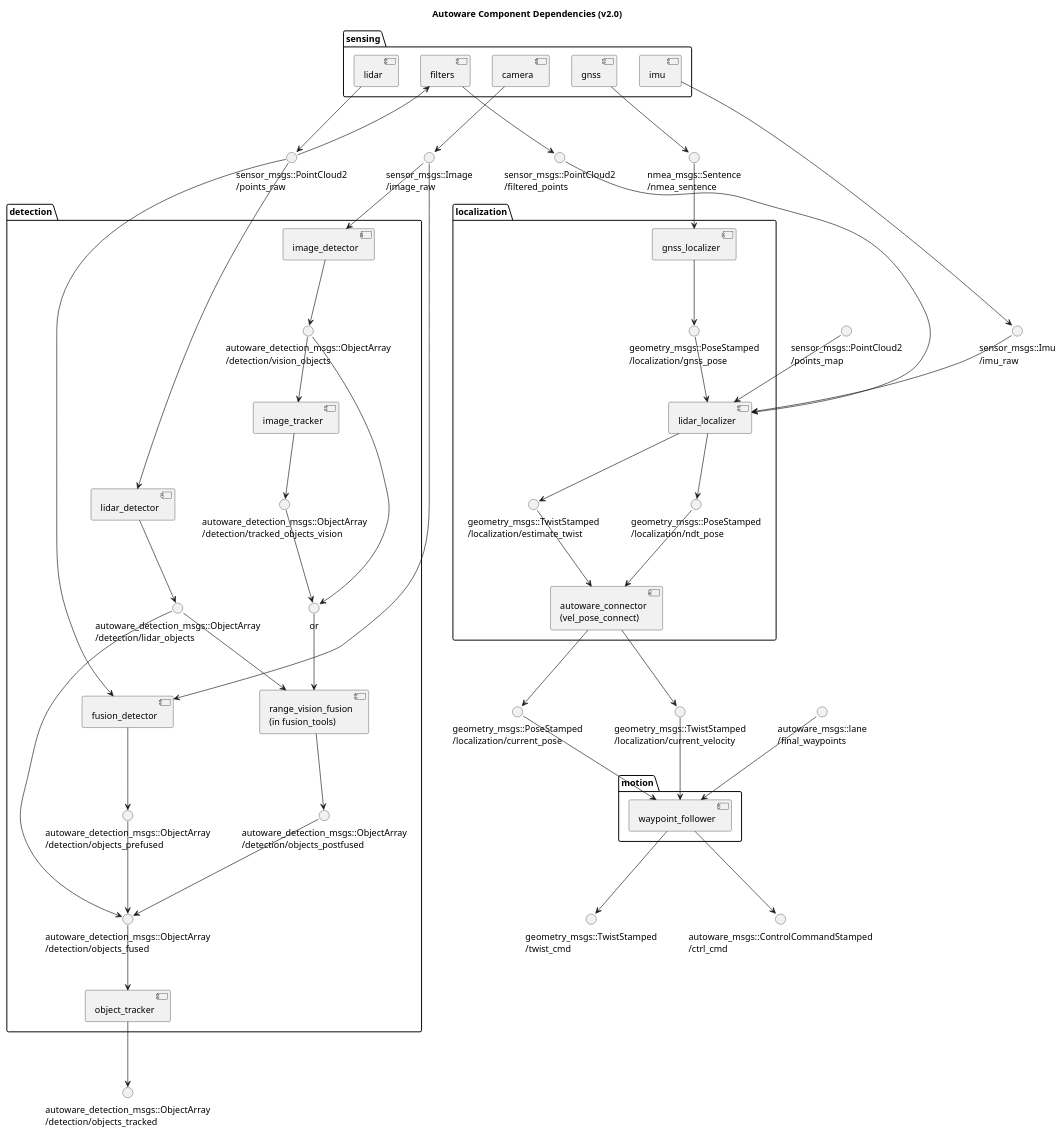
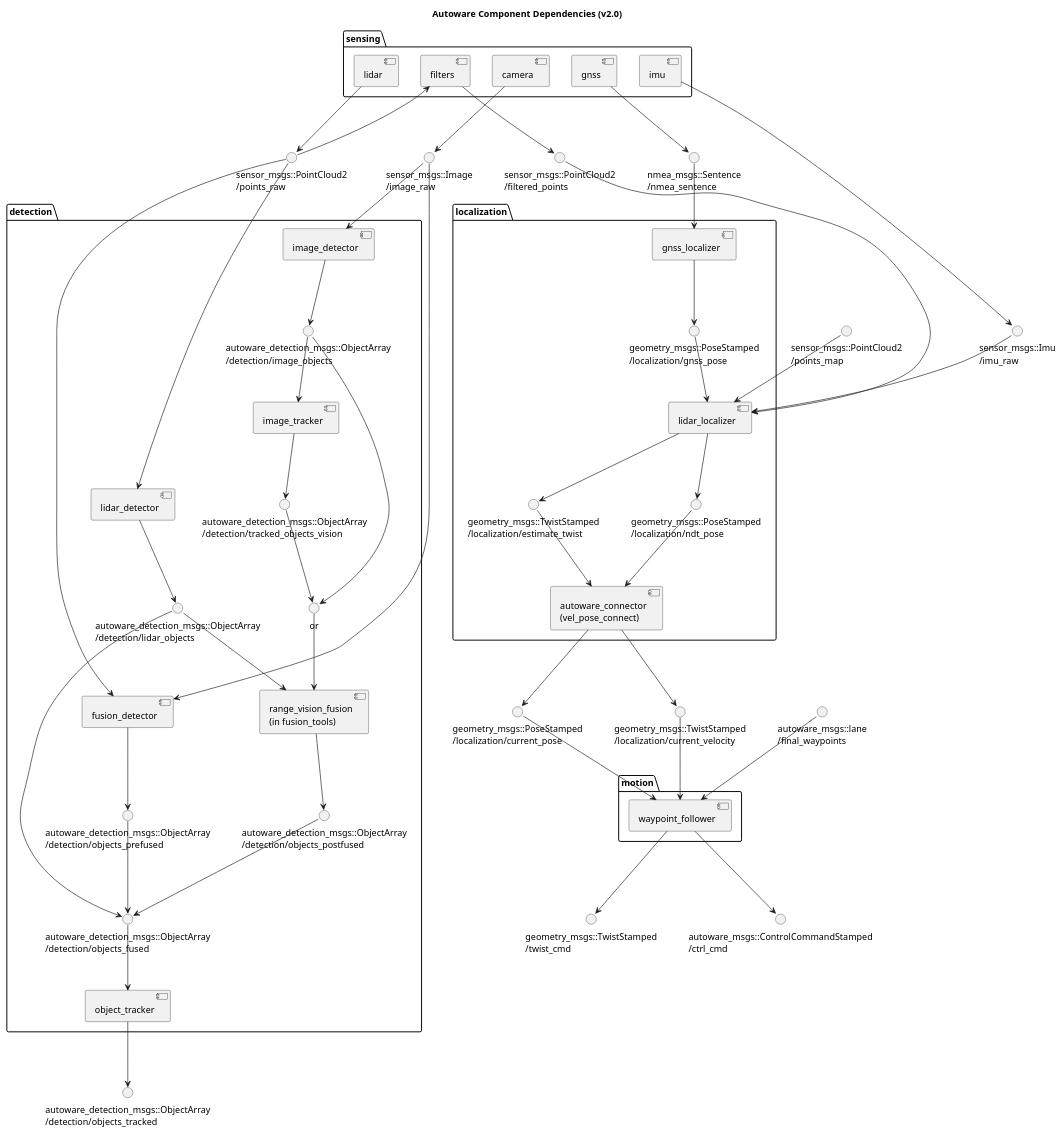
Before and after one commit to heyuliang/Autoware: the diagram in docs/architecture/ComponentDiagram.pu, drawn with PlantUML.

Commit message:
Rename vision_objects to image_objects

```diff
--- a/docs/architecture/ComponentDiagram.pu
+++ b/docs/architecture/ComponentDiagram.pu
@@ -1,154 +1,154 @@
 @startuml
 
 title Autoware Component Dependencies (v2.0)
 
 () "sensor_msgs::Image\n/image_raw" as image_raw
 () "sensor_msgs::PointCloud2\n/points_raw" as points_raw
 () "sensor_msgs::PointCloud2\n/filtered_points" as filtered_points
 () "sensor_msgs::Imu\n/imu_raw" as imu_raw 
 () "nmea_msgs::Sentence\n/nmea_sentence" as nmea_sentence
 
 folder sensing {
     [camera]
     'outputs
     camera --> image_raw
 
     [lidar]
     'outputs
     lidar --> points_raw
 
     [filters]
     'inputs
     points_raw --> filters
     'outputs
     filters --> filtered_points
 
     [imu]
     'outputs
     imu --> imu_raw
 
     [gnss]
     'outputs
     gnss --> nmea_sentence
 }
 
 () "autoware_detection_msgs::ObjectArray\n/detection/objects_tracked" as objects_tracked
 '() "autoware_detection_msgs::TrafficLight\n/detection/traffic_light_color" as traffic_light_color
 
 folder detection {
-    () "autoware_detection_msgs::ObjectArray\n/detection/vision_objects" as detected_objects_vision
+    () "autoware_detection_msgs::ObjectArray\n/detection/image_objects" as detected_objects_vision
     () "autoware_detection_msgs::ObjectArray\n/detection/tracked_objects_vision" as tracked_objects_vision
-    () "or" as vision_objects
+    () "or" as image_objects
     () "autoware_detection_msgs::ObjectArray\n/detection/lidar_objects" as detected_objects_lidar
     () "autoware_detection_msgs::ObjectArray\n/detection/objects_postfused" as detected_objects_combined
     () "autoware_detection_msgs::ObjectArray\n/detection/objects_prefused" as detected_objects_fused
     () "autoware_detection_msgs::ObjectArray\n/detection/objects_fused" as objects_fused
 
     [image_detector]
     'inputs
     image_raw --> image_detector
     'outputs
     image_detector --> detected_objects_vision
 
     [image_tracker]
-    'inputsß
+    'inputs
     detected_objects_vision --> image_tracker
     'outputs
     image_tracker --> tracked_objects_vision
 
     [lidar_detector]
     'inputs
     points_raw --> lidar_detector
     'outputs
     lidar_detector --> detected_objects_lidar
 
     [fusion_detector]
     'inputs
     image_raw --> fusion_detector
     points_raw --> fusion_detector
     'outputs
     fusion_detector --> detected_objects_fused
 
     [range_vision_fusion\n(in fusion_tools)] as fusion_tools
     'inputs
-    vision_objects --> fusion_tools
+    image_objects --> fusion_tools
     detected_objects_lidar --> fusion_tools
     'outputs
     fusion_tools --> detected_objects_combined
 
     'connection
-    detected_objects_vision --> vision_objects
-    tracked_objects_vision --> vision_objects
+    detected_objects_vision --> image_objects
+    tracked_objects_vision --> image_objects
 
     detected_objects_lidar --> objects_fused
     detected_objects_combined --> objects_fused
     detected_objects_fused --> objects_fused
 
     [object_tracker]
     'inputs
     objects_fused --> object_tracker
     'outputs
     object_tracker --> objects_tracked
 
     '[trafficlight_recognizer]
     'inputs
     'image_raw --> trafficlight_recognizer
     'outputs
     'trafficlight_recognizer --> traffic_light_color
 }
 
 'lidar_localizer
 () "sensor_msgs::PointCloud2\n/points_map" as points_map
 
 'vel_pose_connect
 () "geometry_msgs::PoseStamped\n/localization/current_pose" as current_pose
 () "geometry_msgs::TwistStamped\n/localization/current_velocity" as current_velocity
 
 folder localization {
     () "geometry_msgs::PoseStamped\n/localization/gnss_pose" as gnss_pose
     () "geometry_msgs::TwistStamped\n/localization/estimate_twist" as estimate_twist
     () "geometry_msgs::PoseStamped\n/localization/ndt_pose" as ndt_pose
 
     [gnss_localizer]
     'inputs
     nmea_sentence --> gnss_localizer
     'outputs
     gnss_localizer --> gnss_pose
 
     [lidar_localizer]
     'inputs
     gnss_pose --> lidar_localizer
     filtered_points --> lidar_localizer
     points_map --> lidar_localizer
     imu_raw --> lidar_localizer
     'outputs
     lidar_localizer --> estimate_twist
     lidar_localizer --> ndt_pose
 
     [autoware_connector\n(vel_pose_connect)] as vel_pose_connect
     'inputs
     estimate_twist --> vel_pose_connect
     ndt_pose --> vel_pose_connect
     'outputs
     vel_pose_connect --> current_pose
     vel_pose_connect --> current_velocity
 
     '[dead_reckoner] @ Autoware v2.0
 }
 
 () "autoware_msgs::lane\n/final_waypoints" as final_waypoints
 () "geometry_msgs::TwistStamped\n/twist_cmd" as twist_cmd
 () "autoware_msgs::ControlCommandStamped\n/ctrl_cmd" as ctrl_cmd
 
 folder motion {
     [waypoint_follower]
     'inputs
     current_pose --> waypoint_follower
     current_velocity --> waypoint_follower
     final_waypoints --> waypoint_follower
     'outputs
     waypoint_follower --> twist_cmd
     waypoint_follower --> ctrl_cmd
 }
 
 @enduml
```
